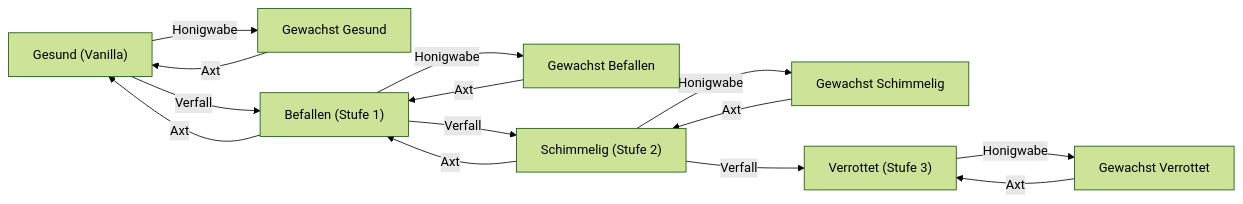
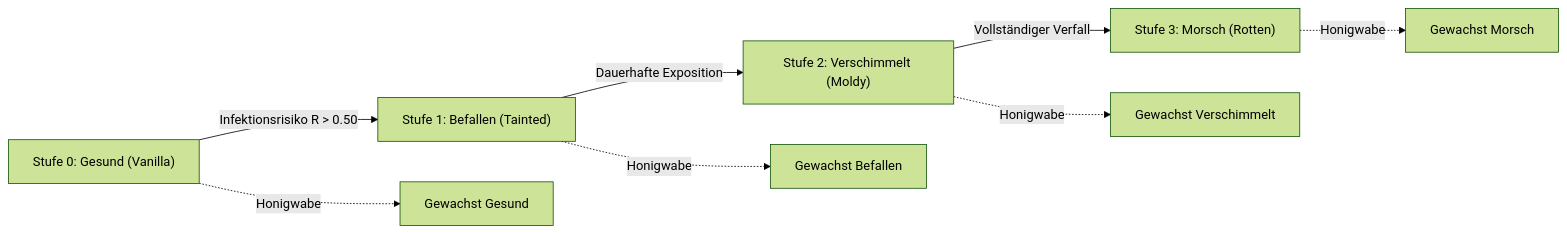
The first of 4 diagrams in docs/de.md (rcky0802/spores--shadows), drawn with Mermaid (forest theme) before and after one commit. The commit also changed other lines of this file and 9 other files, not shown here.

````diff
--- a/docs/de.md
+++ b/docs/de.md
@@ -110,16 +28,11 @@
 ```mermaid
 graph LR
-    A["Gesund (Vanilla)"] -->|Honigwabe| AW["Gewachst Gesund"]
-    A -->|Verfall| B["Befallen (Stufe 1)"]
-    B -->|Axt| A
-    B -->|Honigwabe| BW["Gewachst Befallen"]
-    B -->|Verfall| C["Schimmelig (Stufe 2)"]
-    C -->|Axt| B
-    C -->|Honigwabe| CW["Gewachst Schimmelig"]
-    C -->|Verfall| D["Verrottet (Stufe 3)"]
-    D -->|Honigwabe| DW["Gewachst Verrottet"]
-    AW -->|Axt| A
-    BW -->|Axt| B
-    CW -->|Axt| C
-    DW -->|Axt| D
+    A["Stufe 0: Gesund (Vanilla)"] -->|Infektionsrisiko R > 0.50| B["Stufe 1: Befallen (Tainted)"]
+    B -->|Dauerhafte Exposition| C["Stufe 2: Verschimmelt (Moldy)"]
+    C -->|Vollständiger Verfall| D["Stufe 3: Morsch (Rotten)"]
+    
+    A -.->|Honigwabe| WA["Gewachst Gesund"]
+    B -.->|Honigwabe| WB["Gewachst Befallen"]
+    C -.->|Honigwabe| WC["Gewachst Verschimmelt"]
+    D -.->|Honigwabe| WD["Gewachst Morsch"]
 ```
````
